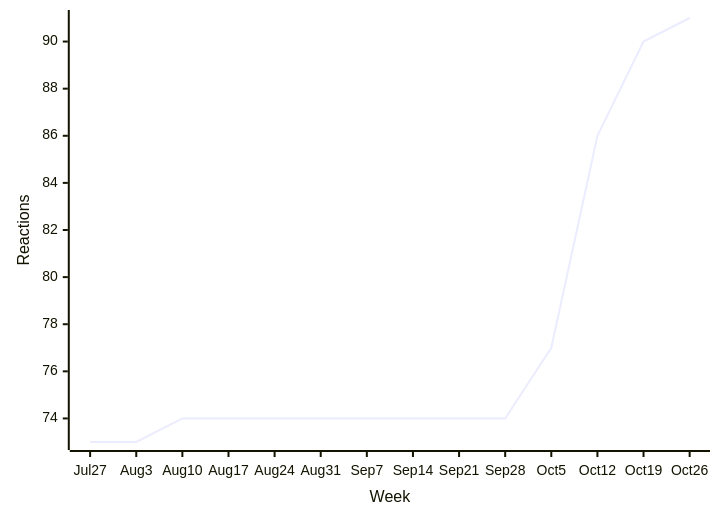
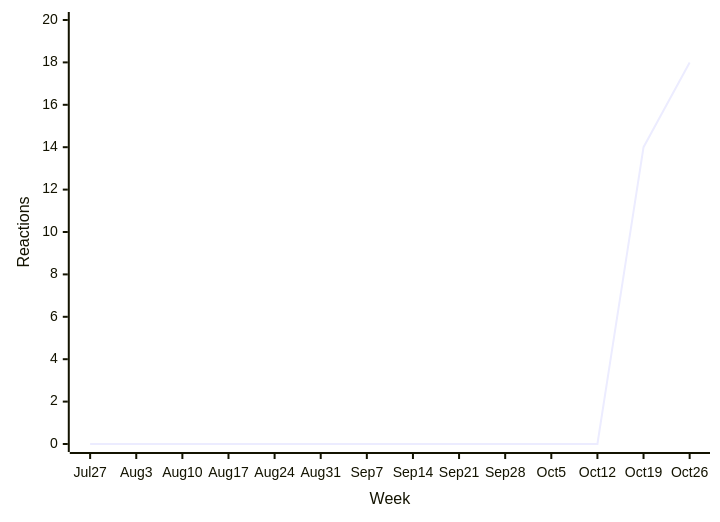
One commit to loic-sharma/github-insights changed the ninth of 39 diagrams in README.md. Above: the diagram before and after it, drawn with Mermaid. The commit also changed other lines of this file and 1 other file, not shown here.

````diff
--- a/README.md
+++ b/README.md
@@ -443,6 +460,6 @@
   ```mermaid
   xychart-beta
     x-axis "Week" [Jul 27, Aug 3, Aug 10, Aug 17, Aug 24, Aug 31, Sep 7, Sep 14, Sep 21, Sep 28, Oct 5, Oct 12, Oct 19, Oct 26]
-    y-axis "Reactions"
-    line [73, 73, 74, 74, 74, 74, 74, 74, 74, 74, 77, 86, 90, 91]
+    y-axis "Reactions" 0 --> 20
+    line [0, 0, 0, 0, 0, 0, 0, 0, 0, 0, 0, 0, 14, 18]
   ```
````
